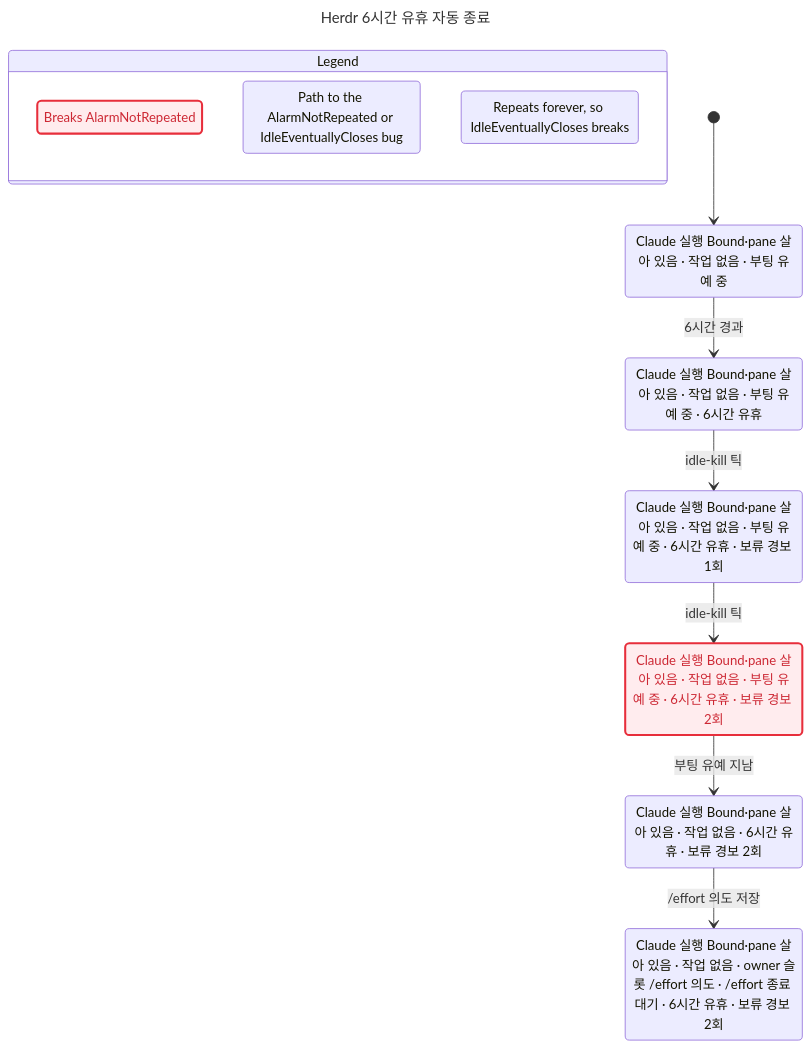
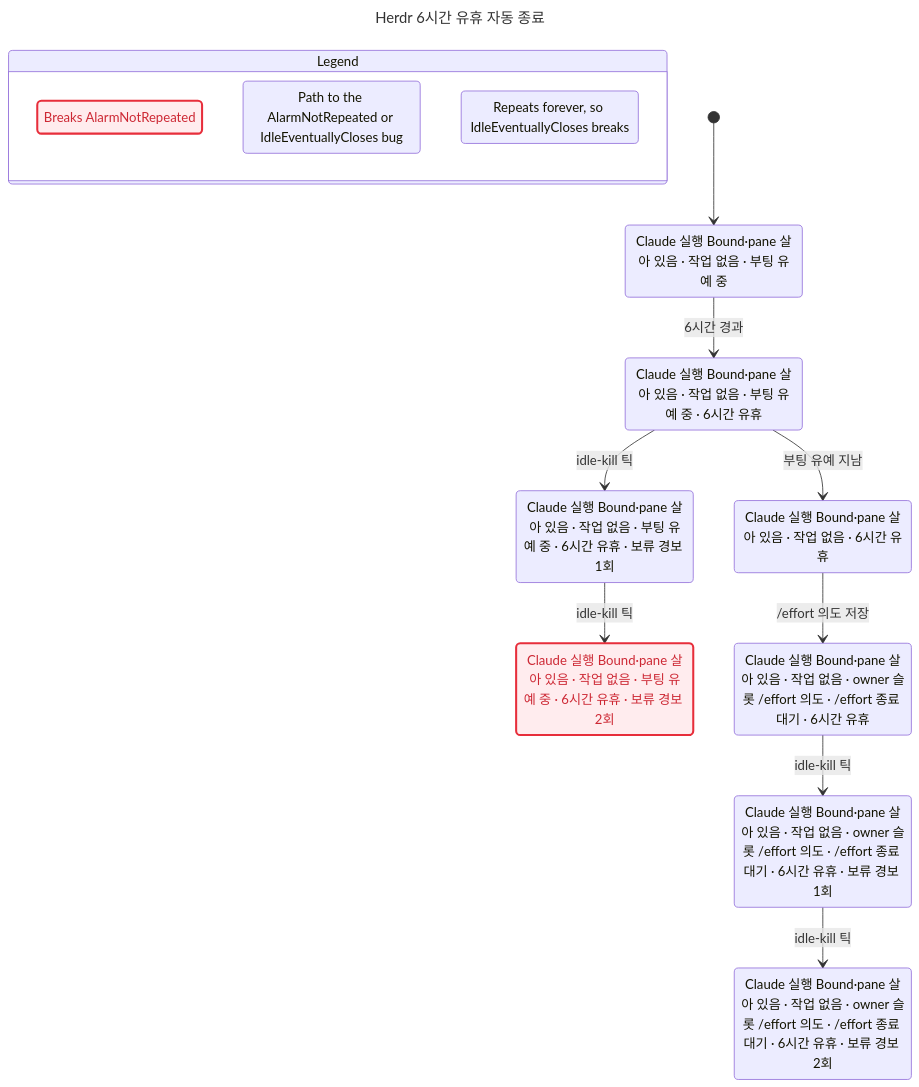
The diagram in docs/statecharts/session-lifecycle/herdr-idle-expire-Before.chart.mmd (itismyfield/AgentDesk), drawn with Mermaid before and after one commit. The commit also changed 20 other files, not shown here.

```diff
--- a/docs/statecharts/session-lifecycle/herdr-idle-expire-Before.chart.mmd
+++ b/docs/statecharts/session-lifecycle/herdr-idle-expire-Before.chart.mmd
@@ -1,32 +1,38 @@
 ---
 title: "Herdr 6시간 유휴 자동 종료"
 ---
 stateDiagram-v2
   state "Legend" as legend {
     lg0: Breaks AlarmNotRepeated
     lg1: Path to the AlarmNotRepeated or IdleEventuallyCloses bug
     lg2: Repeats forever, so IdleEventuallyCloses breaks
   }
   class lg0 breaks
   class lg1 bugPath
   class lg2 repeats
   s0: Claude 실행 Bound#183;pane 살아 있음 #183; 작업 없음 #183; 부팅 유예 중
   s1: Claude 실행 Bound#183;pane 살아 있음 #183; 작업 없음 #183; 부팅 유예 중 #183; 6시간 유휴
   s2: Claude 실행 Bound#183;pane 살아 있음 #183; 작업 없음 #183; 부팅 유예 중 #183; 6시간 유휴 #183; 보류 경보 1회
-  s3: Claude 실행 Bound#183;pane 살아 있음 #183; 작업 없음 #183; 부팅 유예 중 #183; 6시간 유휴 #183; 보류 경보 2회
-  s4: Claude 실행 Bound#183;pane 살아 있음 #183; 작업 없음 #183; 6시간 유휴 #183; 보류 경보 2회
-  s5: Claude 실행 Bound#183;pane 살아 있음 #183; 작업 없음 #183; owner 슬롯 /effort 의도 #183; /effort 종료 대기 #183; 6시간 유휴 #183; 보류 경보 2회
+  s3: Claude 실행 Bound#183;pane 살아 있음 #183; 작업 없음 #183; 6시간 유휴
+  s4: Claude 실행 Bound#183;pane 살아 있음 #183; 작업 없음 #183; 부팅 유예 중 #183; 6시간 유휴 #183; 보류 경보 2회
+  s5: Claude 실행 Bound#183;pane 살아 있음 #183; 작업 없음 #183; owner 슬롯 /effort 의도 #183; /effort 종료 대기 #183; 6시간 유휴
+  s6: Claude 실행 Bound#183;pane 살아 있음 #183; 작업 없음 #183; owner 슬롯 /effort 의도 #183; /effort 종료 대기 #183; 6시간 유휴 #183; 보류 경보 1회
+  s7: Claude 실행 Bound#183;pane 살아 있음 #183; 작업 없음 #183; owner 슬롯 /effort 의도 #183; /effort 종료 대기 #183; 6시간 유휴 #183; 보류 경보 2회
   [*] --> s0
   s0 --> s1: 6시간 경과
   s1 --> s2: idle-kill 틱
-  s2 --> s3: idle-kill 틱
-  s3 --> s4: 부팅 유예 지남
-  s4 --> s5: /effort 의도 저장
+  s1 --> s3: 부팅 유예 지남
+  s2 --> s4: idle-kill 틱
+  s3 --> s5: /effort 의도 저장
+  s5 --> s6: idle-kill 틱
+  s6 --> s7: idle-kill 틱
   classDef breaks fill:#ffecee,stroke:#e72e3b,stroke-width:2.5px,color:#cd2834
   class s0 bugPath
   class s1 bugPath
   class s2 bugPath
-  class s3 breaks
   class s3 bugPath
+  class s4 breaks
   class s4 bugPath
-  class s5 repeats
+  class s5 bugPath
+  class s6 bugPath
+  class s7 repeats
```
